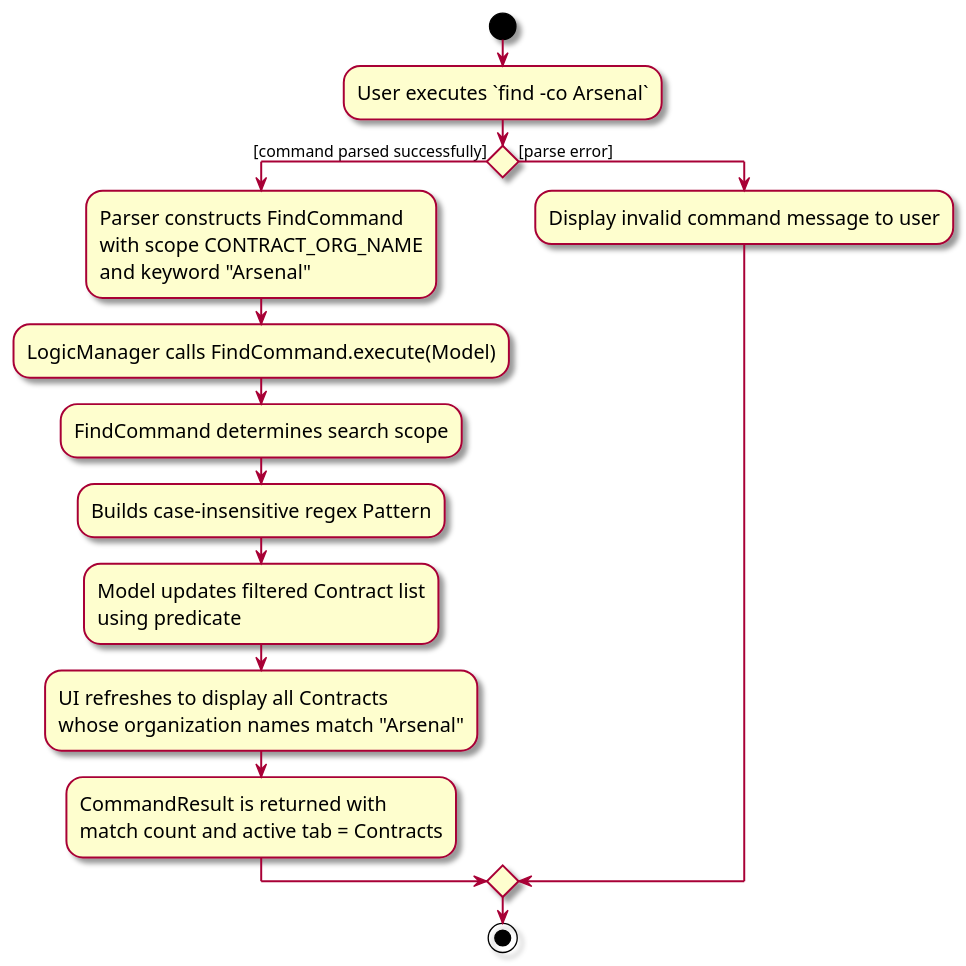
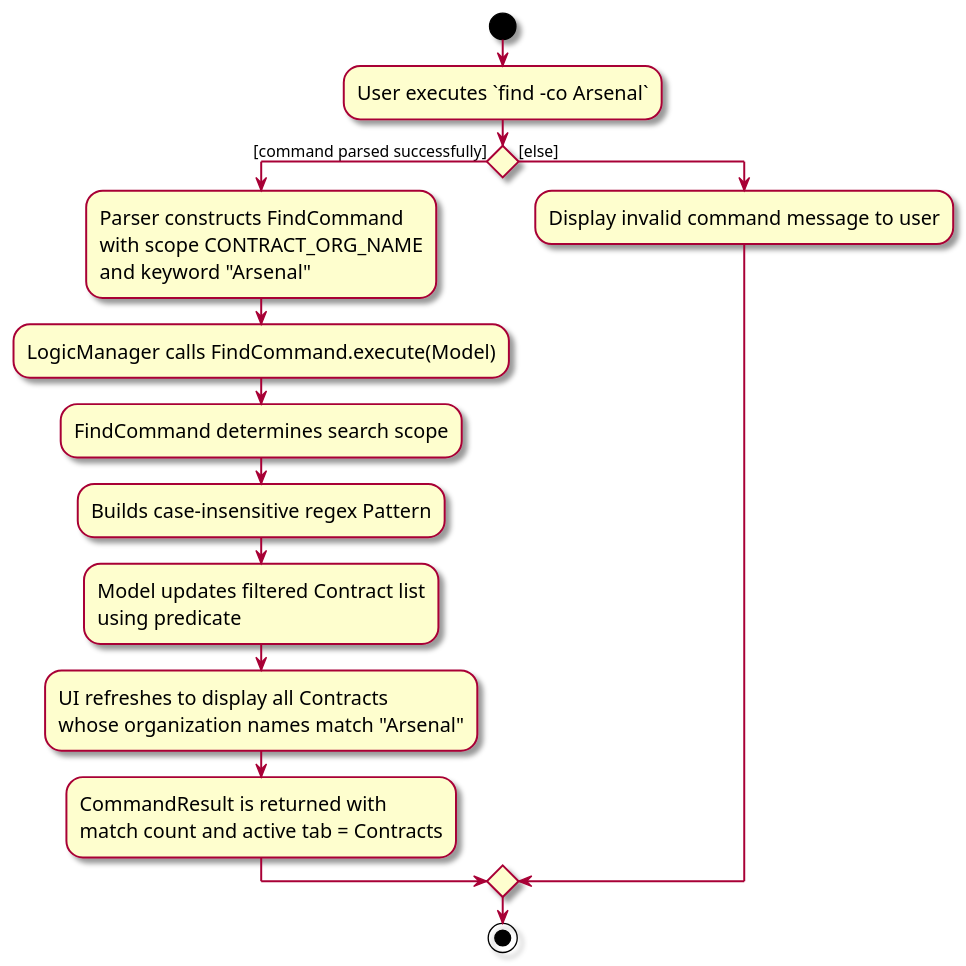
Before and after one commit to goh-joshua/tp: the diagram in docs/diagrams/FindActivityDiagram.puml, drawn with PlantUML.

```diff
--- a/docs/diagrams/FindActivityDiagram.puml
+++ b/docs/diagrams/FindActivityDiagram.puml
@@ -1,28 +1,28 @@
 @startuml
 skin rose
 skinparam ActivityFontSize 15
 skinparam ArrowFontSize 12
 
 start
 :User executes `find -co Arsenal`;
 
 if () then ([command parsed successfully])
     :Parser constructs FindCommand
     with scope CONTRACT_ORG_NAME
     and keyword "Arsenal";
     :LogicManager calls FindCommand.execute(Model);
 
     :FindCommand determines search scope;
     :Builds case-insensitive regex Pattern;
     :Model updates filtered Contract list
     using predicate;
     :UI refreshes to display all Contracts
     whose organization names match "Arsenal";
     :CommandResult is returned with
     match count and active tab = Contracts;
-else ([parse error])
+else ([else])
     :Display invalid command message to user;
 endif
 
 stop
 @enduml
```
